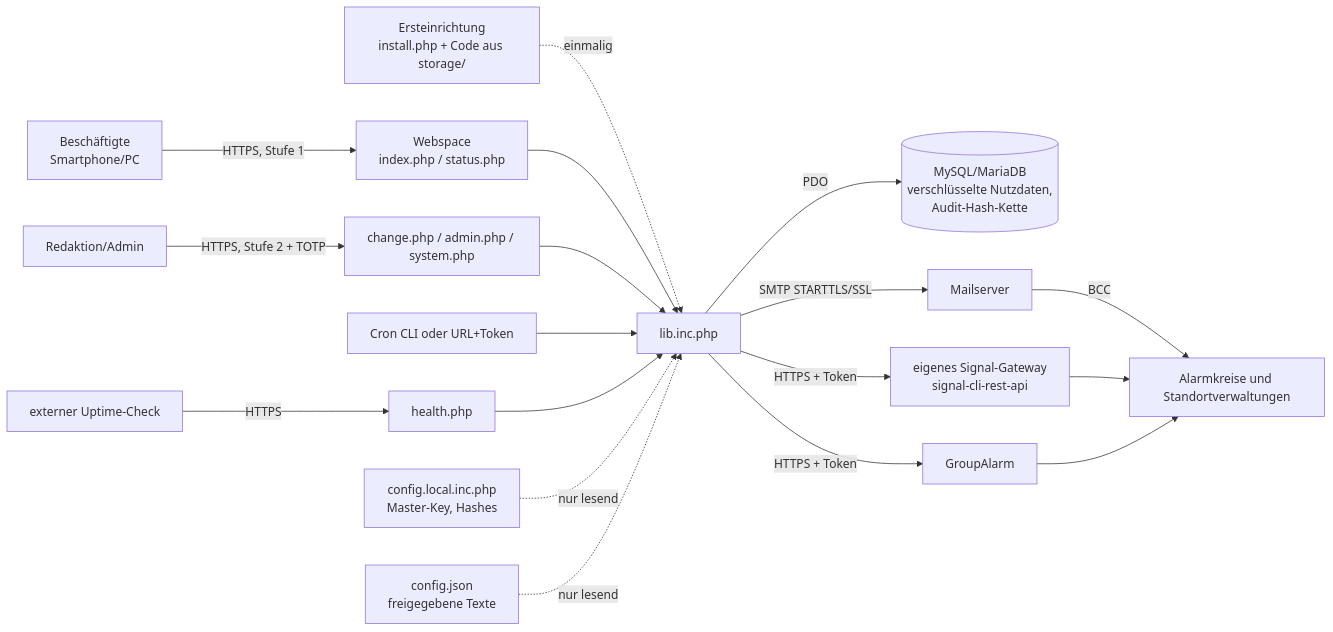
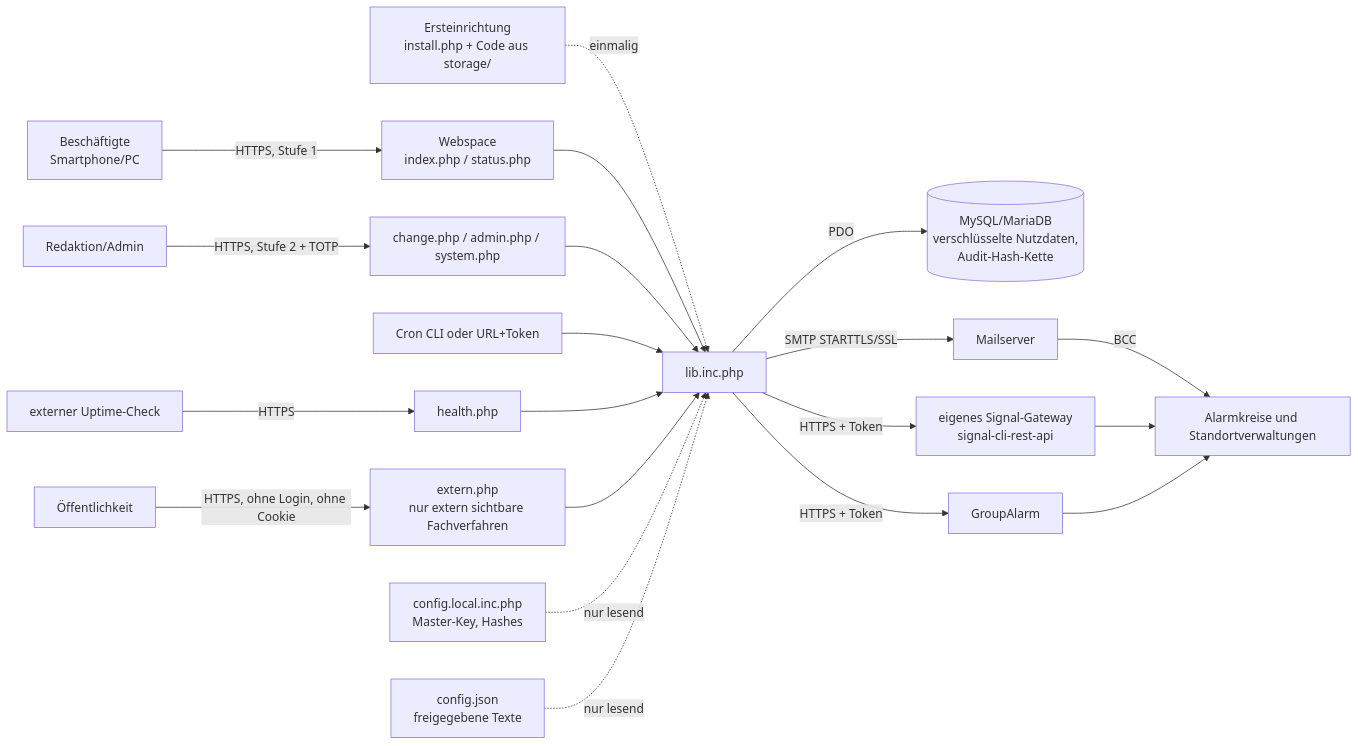
The diagram in docs/05-sicherheit-und-audit.md (yannickid/Status-BCM), drawn with Mermaid before and after one commit. The commit also changed other lines of this file and 18 other files, not shown here.

First line of the commit message:
Fachverfahren: Status intern und extern, Alarmkreise je Rolle (1.6.0)

````diff
--- a/docs/05-sicherheit-und-audit.md
+++ b/docs/05-sicherheit-und-audit.md
@@ -49,16 +49,17 @@
 ```mermaid
 flowchart LR
   B[Beschäftigte<br>Smartphone/PC] -- HTTPS, Stufe 1 --> W[Webspace<br>index.php / status.php]
   R[Redaktion/Admin] -- HTTPS, Stufe 2 + TOTP --> C[change.php / admin.php / system.php]
   I[Ersteinrichtung<br>install.php + Code aus storage/] -. einmalig .-> L
   W --> L[lib.inc.php]
   C --> L
   L -- PDO --> D[(MySQL/MariaDB<br>verschlüsselte Nutzdaten,<br>Audit-Hash-Kette)]
   L -- SMTP STARTTLS/SSL --> M[Mailserver] -- BCC --> E[Alarmkreise und Standortverwaltungen]
   L -- HTTPS + Token --> S[eigenes Signal-Gateway<br>signal-cli-rest-api] --> E
   L -- HTTPS + Token --> G[GroupAlarm] --> E
   K[Cron CLI oder URL+Token] --> L
   U[externer Uptime-Check] -- HTTPS --> H[health.php] --> L
+  O[Öffentlichkeit] -- HTTPS, ohne Login, ohne Cookie --> X[extern.php<br>nur extern sichtbare Fachverfahren] --> L
   F[config.local.inc.php<br>Master-Key, Hashes] -. nur lesend .-> L
   J[config.json<br>freigegebene Texte] -. nur lesend .-> L
 ```
````
